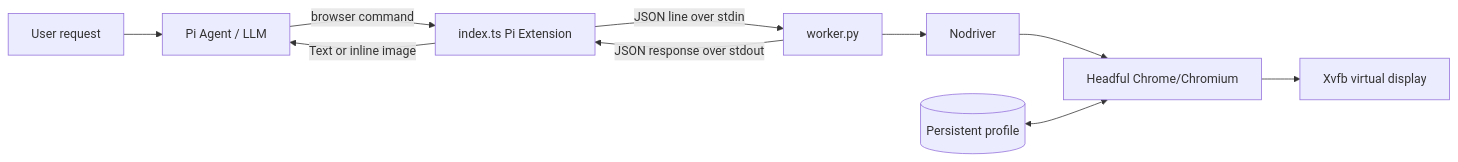
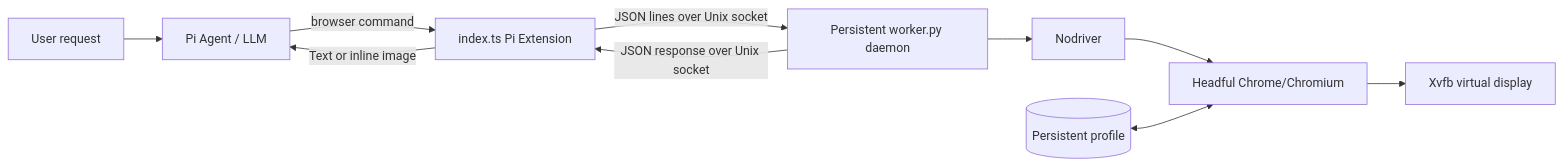
One commit to AyaSakura-comp/pi-nodriver-browser changed the diagram in README.md. Above: the diagram before and after it, drawn with Mermaid. The commit also changed other lines of this file and 6 other files, not shown here.

````diff
--- a/README.md
+++ b/README.md
@@ -71,13 +77,13 @@
 ```mermaid
 flowchart LR
     U[User request] --> A[Pi Agent / LLM]
     A -->|browser command| E[index.ts Pi Extension]
-    E -->|JSON line over stdin| W[worker.py]
+    E -->|JSON lines over Unix socket| W[Persistent worker.py daemon]
     W --> N[Nodriver]
     N --> C[Headful Chrome/Chromium]
     C --> X[Xvfb virtual display]
-    W -->|JSON response over stdout| E
+    W -->|JSON response over Unix socket| E
     E -->|Text or inline image| A
 
     P[(Persistent profile)] <--> C
 ```
````
